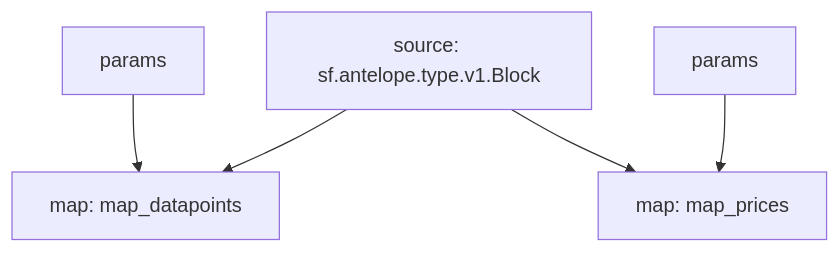
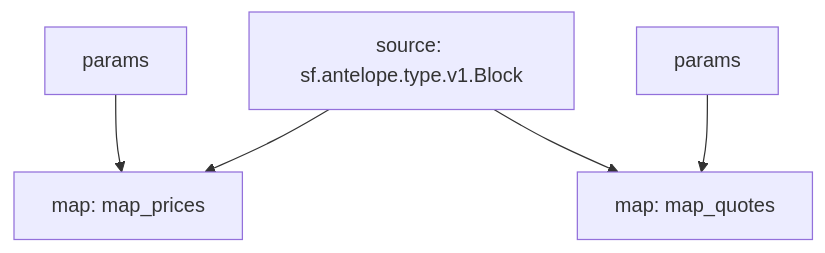
The diagram in antelope.oracles/README.md (pinax-network/substreams), drawn with Mermaid before and after one commit. The commit also changed other lines of this file and 7 other files, not shown here.

Commit message:
Refactor *oracle.defi* `datapoints` to `quotes` and fix substream manifest

````diff
--- a/antelope.oracles/README.md
+++ b/antelope.oracles/README.md
@@ -17,9 +47,9 @@
 ```mermaid
 graph TD;
-  map_datapoints[map: map_datapoints];
-  map_datapoints:params[params] --> map_datapoints;
-  sf.antelope.type.v1.Block[source: sf.antelope.type.v1.Block] --> map_datapoints;
   map_prices[map: map_prices];
   map_prices:params[params] --> map_prices;
   sf.antelope.type.v1.Block[source: sf.antelope.type.v1.Block] --> map_prices;
+  map_quotes[map: map_quotes];
+  map_quotes:params[params] --> map_quotes;
+  sf.antelope.type.v1.Block[source: sf.antelope.type.v1.Block] --> map_quotes;
 ```
````
